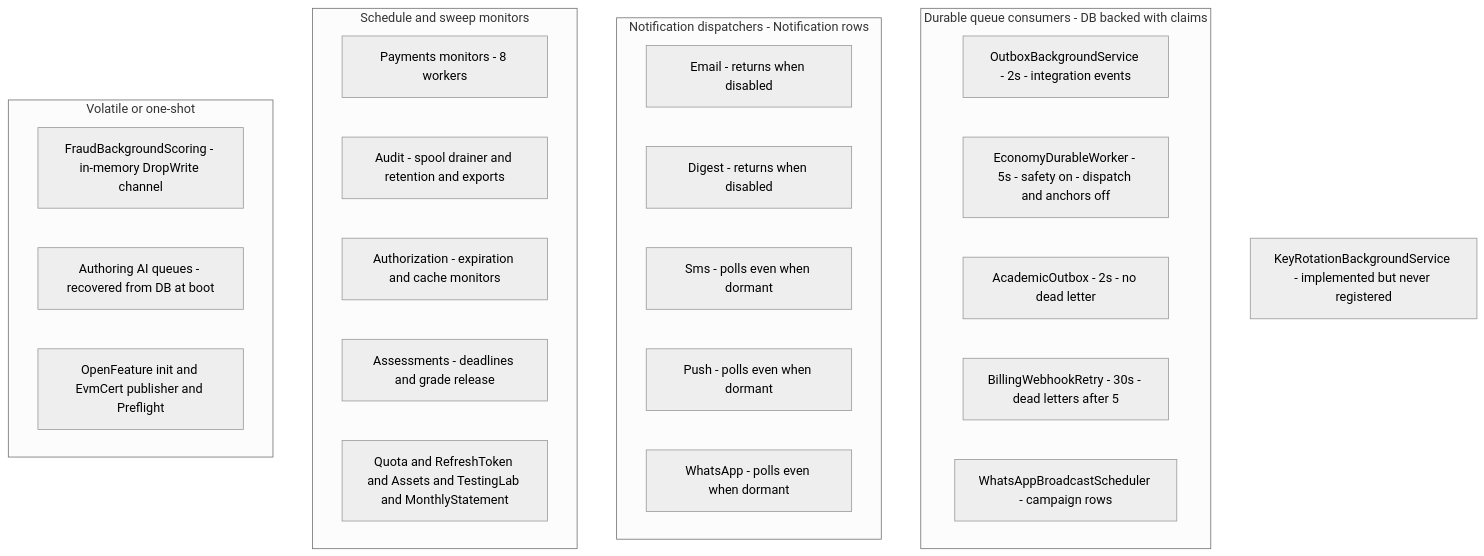
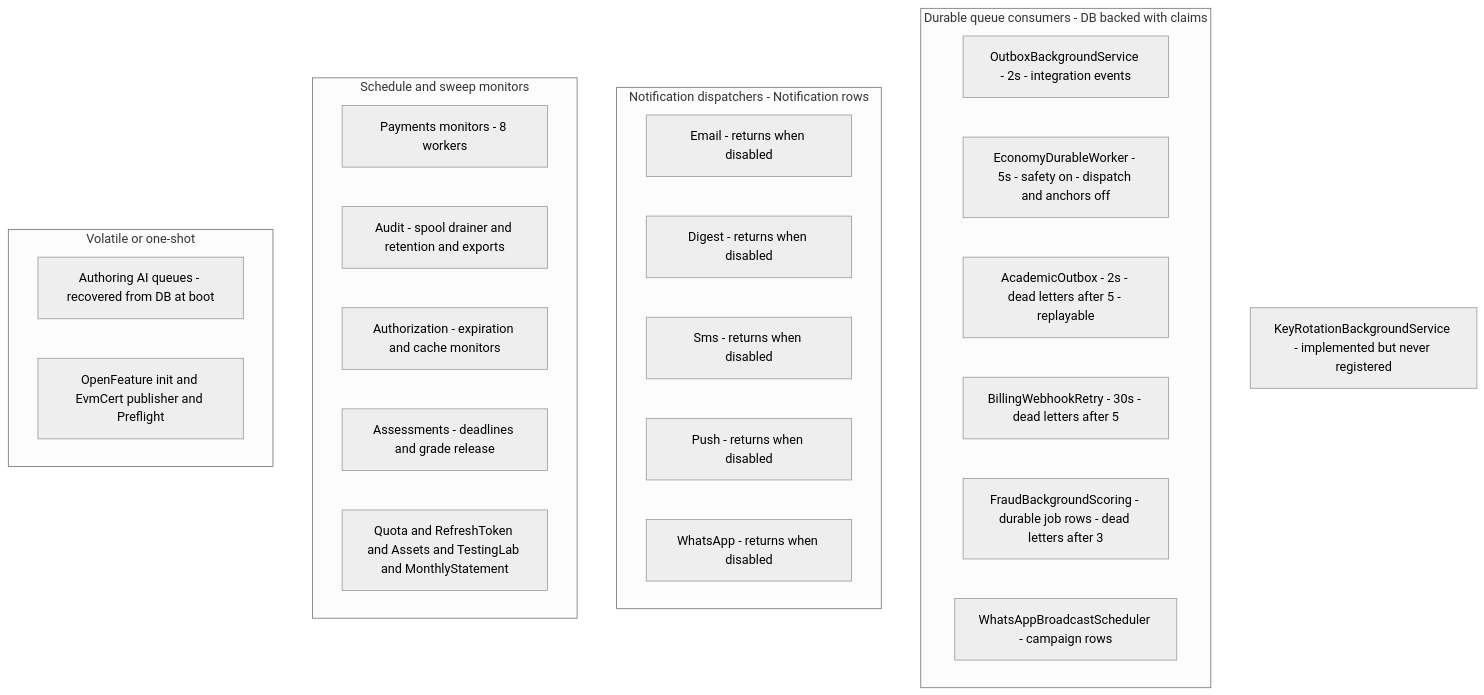
Before and after one commit to gameguild-gg/gameguild: the diagram in docs/operations/background-workers.md, drawn with Mermaid (neutral theme). The commit also changed other lines of this file, not shown here.

````diff
--- a/docs/operations/background-workers.md
+++ b/docs/operations/background-workers.md
@@ -170,30 +173,30 @@
 ```mermaid
 flowchart TD
   subgraph durable["Durable queue consumers - DB backed with claims"]
     OUTBOX["OutboxBackgroundService - 2s - integration events"]
     ECON["EconomyDurableWorker - 5s - safety on - dispatch and anchors off"]
-    ACADEMIC["AcademicOutbox - 2s - no dead letter"]
+    ACADEMIC["AcademicOutbox - 2s - dead letters after 5 - replayable"]
     BILLRETRY["BillingWebhookRetry - 30s - dead letters after 5"]
+    FRAUDQ["FraudBackgroundScoring - durable job rows - dead letters after 3"]
     WEBHOOK_SCHED["WhatsAppBroadcastScheduler - campaign rows"]
   end
   subgraph dispatchers["Notification dispatchers - Notification rows"]
     EMAIL["Email - returns when disabled"]
     DIGEST["Digest - returns when disabled"]
-    SMS["Sms - polls even when dormant"]
-    PUSH["Push - polls even when dormant"]
-    WA["WhatsApp - polls even when dormant"]
+    SMS["Sms - returns when disabled"]
+    PUSH["Push - returns when disabled"]
+    WA["WhatsApp - returns when disabled"]
   end
   subgraph sched["Schedule and sweep monitors"]
     PAYMON["Payments monitors - 8 workers"]
     AUDITMON["Audit - spool drainer and retention and exports"]
     IDMON["Authorization - expiration and cache monitors"]
     LEARN["Assessments - deadlines and grade release"]
     MISC["Quota and RefreshToken and Assets and TestingLab and MonthlyStatement"]
   end
   subgraph volatile["Volatile or one-shot"]
-    FRAUD["FraudBackgroundScoring - in-memory DropWrite channel"]
     AIQ["Authoring AI queues - recovered from DB at boot"]
     ONESHOT["OpenFeature init and EvmCert publisher and Preflight"]
   end
   DEAD["KeyRotationBackgroundService - implemented but never registered"]
 ```
````
